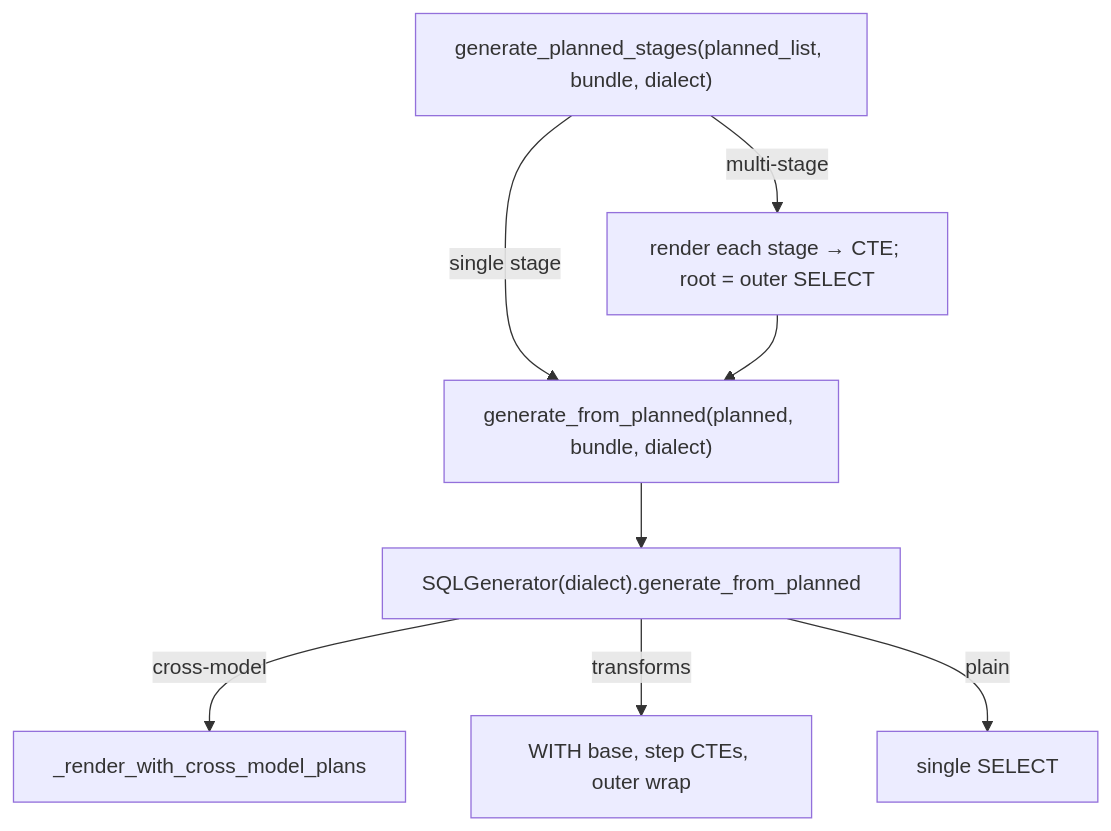
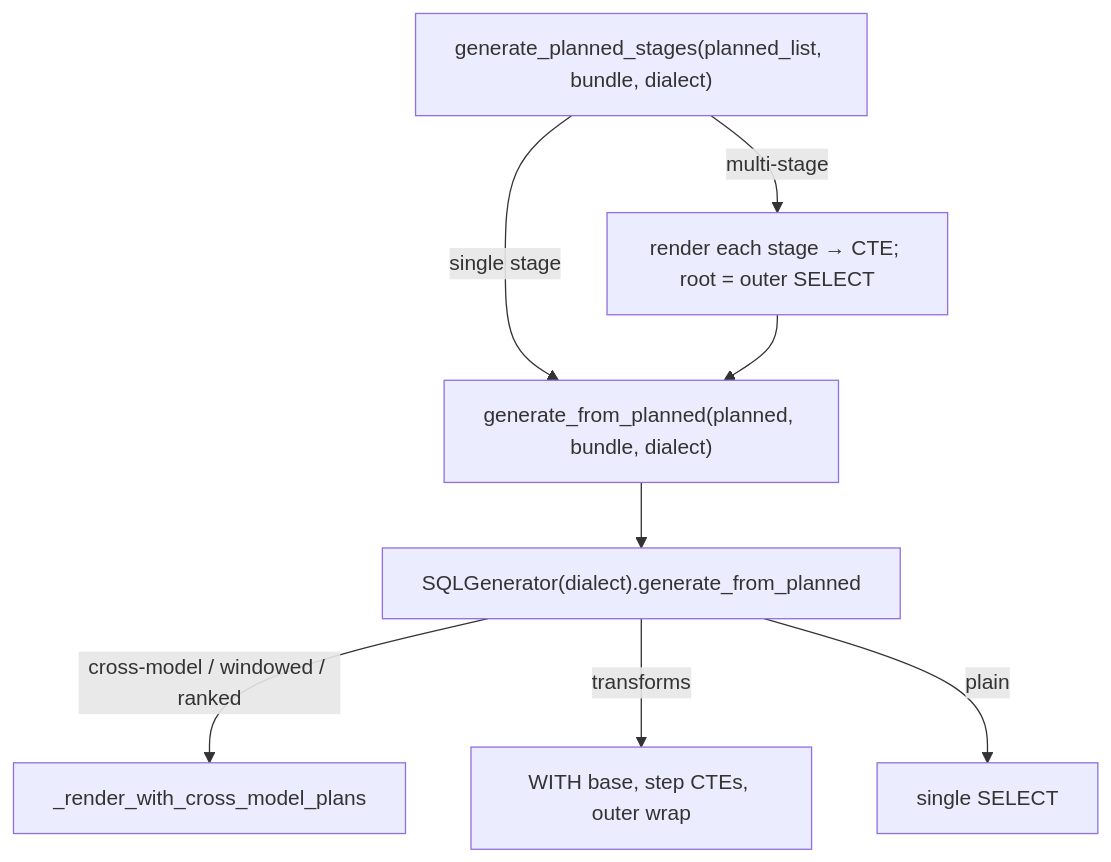
One commit to MotleyAI/slayer changed the diagram in docs/architecture/sql-generation.md. Above: the diagram before and after it, drawn with Mermaid. The commit also changed other lines of this file and 42 other files, not shown here.

````diff
--- a/docs/architecture/sql-generation.md
+++ b/docs/architecture/sql-generation.md
@@ -12,11 +16,11 @@
 ```mermaid
 flowchart TB
     gps["generate_planned_stages(planned_list, bundle, dialect)"]
     gps -->|single stage| gfp["generate_from_planned(planned, bundle, dialect)"]
     gps -->|multi-stage| loop["render each stage → CTE; root = outer SELECT"]
     loop --> gfp
     gfp --> inst["SQLGenerator(dialect).generate_from_planned"]
-    inst -->|cross-model| cm["_render_with_cross_model_plans"]
+    inst -->|cross-model / windowed / ranked| cm["_render_with_cross_model_plans"]
     inst -->|transforms| tl["WITH base, step CTEs, outer wrap"]
     inst -->|plain| base["single SELECT"]
 ```
````
